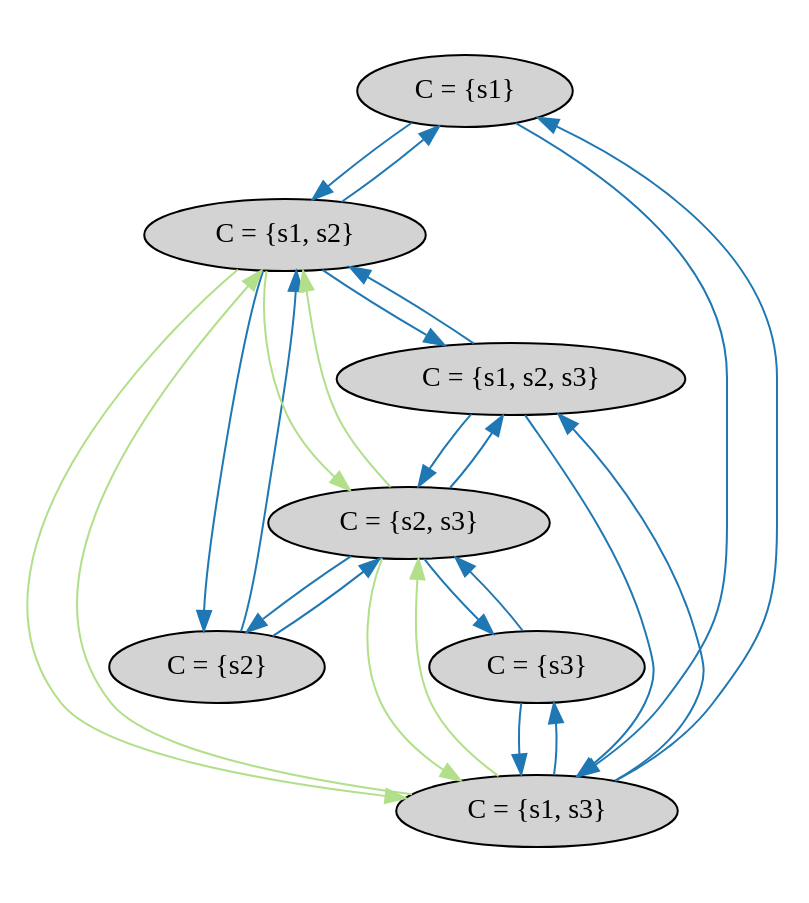
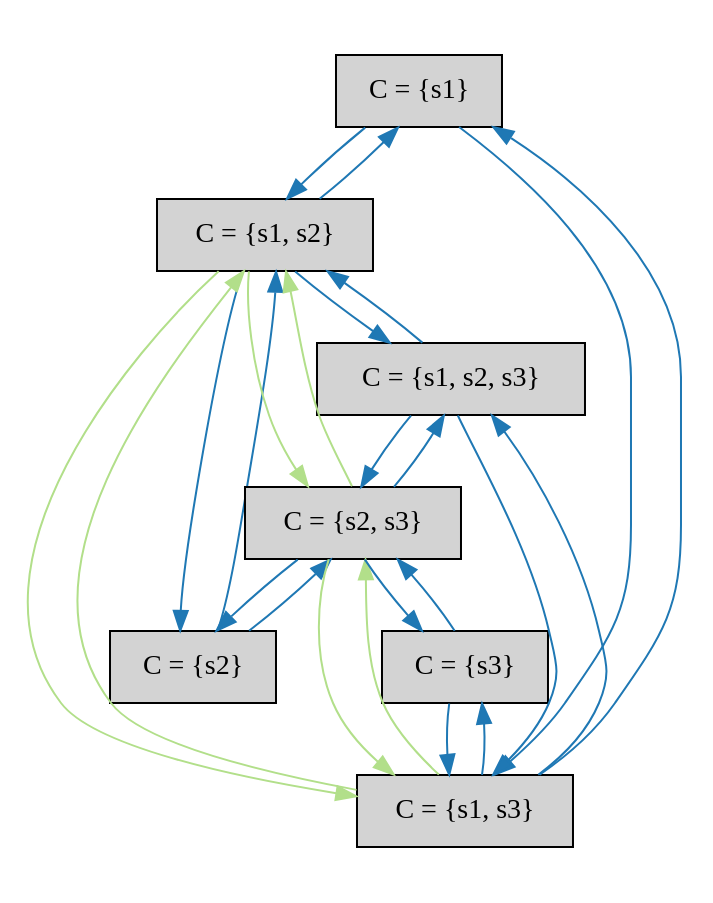
Before and after one commit to will62794/logless-reconfig: the diagram in notes/raft_reconfig_bug/quorums_n3.dot, drawn with Graphviz. The commit also changed 15 other files, not shown here.

Commit message:
updated diagrams

```diff
--- a/notes/raft_reconfig_bug/quorums_n3.dot
+++ b/notes/raft_reconfig_bug/quorums_n3.dot
@@ -1,43 +1,44 @@
 strict digraph DiskGraph {
+node [shape=box,style=rounded]
 edge [colorscheme="paired12"]
 nodesep=0.35;
 subgraph cluster_graph {
 color="white";
-5486557994396847120 [label="C = {s1}",style = filled]
--4861624822722301225 [label="C = {s2}",style = filled]
-3310415197701929651 [label="C = {s3}",style = filled]
--4293767534611375604 [label="C = {s1, s2}",style = filled]
-6129827641921622632 [label="C = {s1, s3}",style = filled]
--3387369358039214864 [label="C = {s2, s3}",style = filled]
-7138890010967602941 [label="C = {s1, s2, s3}",style = filled]
-5486557994396847120 -> -4293767534611375604 [label="",color="2",fontcolor="2"];
-5486557994396847120 -> 6129827641921622632 [label="",color="2",fontcolor="2"];
--4861624822722301225 -> -4293767534611375604 [label="",color="2",fontcolor="2"];
--4861624822722301225 -> -3387369358039214864 [label="",color="2",fontcolor="2"];
-3310415197701929651 -> 6129827641921622632 [label="",color="2",fontcolor="2"];
-3310415197701929651 -> -3387369358039214864 [label="",color="2",fontcolor="2"];
--4293767534611375604 -> -4861624822722301225 [label="",color="2",fontcolor="2"];
--4293767534611375604 -> 5486557994396847120 [label="",color="2",fontcolor="2"];
--4293767534611375604 -> 7138890010967602941 [label="",color="2",fontcolor="2"];
--4293767534611375604 -> 6129827641921622632 [label="",color="3",fontcolor="3"];
--4293767534611375604 -> -3387369358039214864 [label="",color="3",fontcolor="3"];
-6129827641921622632 -> 3310415197701929651 [label="",color="2",fontcolor="2"];
-6129827641921622632 -> 7138890010967602941 [label="",color="2",fontcolor="2"];
-6129827641921622632 -> 5486557994396847120 [label="",color="2",fontcolor="2"];
-6129827641921622632 -> -4293767534611375604 [label="",color="3",fontcolor="3"];
-6129827641921622632 -> -3387369358039214864 [label="",color="3",fontcolor="3"];
--3387369358039214864 -> 7138890010967602941 [label="",color="2",fontcolor="2"];
--3387369358039214864 -> 3310415197701929651 [label="",color="2",fontcolor="2"];
--3387369358039214864 -> -4861624822722301225 [label="",color="2",fontcolor="2"];
--3387369358039214864 -> -4293767534611375604 [label="",color="3",fontcolor="3"];
--3387369358039214864 -> 6129827641921622632 [label="",color="3",fontcolor="3"];
-7138890010967602941 -> -3387369358039214864 [label="",color="2",fontcolor="2"];
-7138890010967602941 -> 6129827641921622632 [label="",color="2",fontcolor="2"];
-7138890010967602941 -> -4293767534611375604 [label="",color="2",fontcolor="2"];
+8746699972886135831 [label="C = {s1}",style = filled]
+-4318415191526351763 [label="C = {s2}",style = filled]
+-5818875818871788613 [label="C = {s3}",style = filled]
+-4514202521268446222 [label="C = {s1, s2}",style = filled]
+-6164143936106550236 [label="C = {s1, s3}",style = filled]
+8509612670322133724 [label="C = {s2, s3}",style = filled]
+6291629096733092852 [label="C = {s1, s2, s3}",style = filled]
+8746699972886135831 -> -4514202521268446222 [label="",color="2",fontcolor="2"];
+8746699972886135831 -> -6164143936106550236 [label="",color="2",fontcolor="2"];
+-4318415191526351763 -> -4514202521268446222 [label="",color="2",fontcolor="2"];
+-4318415191526351763 -> 8509612670322133724 [label="",color="2",fontcolor="2"];
+-5818875818871788613 -> -6164143936106550236 [label="",color="2",fontcolor="2"];
+-5818875818871788613 -> 8509612670322133724 [label="",color="2",fontcolor="2"];
+-4514202521268446222 -> -4318415191526351763 [label="",color="2",fontcolor="2"];
+-4514202521268446222 -> 8746699972886135831 [label="",color="2",fontcolor="2"];
+-4514202521268446222 -> 6291629096733092852 [label="",color="2",fontcolor="2"];
+-4514202521268446222 -> -6164143936106550236 [label="",color="3",fontcolor="3"];
+-4514202521268446222 -> 8509612670322133724 [label="",color="3",fontcolor="3"];
+-6164143936106550236 -> -5818875818871788613 [label="",color="2",fontcolor="2"];
+-6164143936106550236 -> 6291629096733092852 [label="",color="2",fontcolor="2"];
+-6164143936106550236 -> 8746699972886135831 [label="",color="2",fontcolor="2"];
+-6164143936106550236 -> -4514202521268446222 [label="",color="3",fontcolor="3"];
+-6164143936106550236 -> 8509612670322133724 [label="",color="3",fontcolor="3"];
+8509612670322133724 -> 6291629096733092852 [label="",color="2",fontcolor="2"];
+8509612670322133724 -> -5818875818871788613 [label="",color="2",fontcolor="2"];
+8509612670322133724 -> -4318415191526351763 [label="",color="2",fontcolor="2"];
+8509612670322133724 -> -4514202521268446222 [label="",color="3",fontcolor="3"];
+8509612670322133724 -> -6164143936106550236 [label="",color="3",fontcolor="3"];
+6291629096733092852 -> 8509612670322133724 [label="",color="2",fontcolor="2"];
+6291629096733092852 -> -6164143936106550236 [label="",color="2",fontcolor="2"];
+6291629096733092852 -> -4514202521268446222 [label="",color="2",fontcolor="2"];
 
 }
 subgraph cluster_legend {graph[style=bold];label = "Next State Actions" style="solid"
 node [ labeljust="l",colorscheme="paired12",style=filled,shape=record ]
 
 
 }}
```
